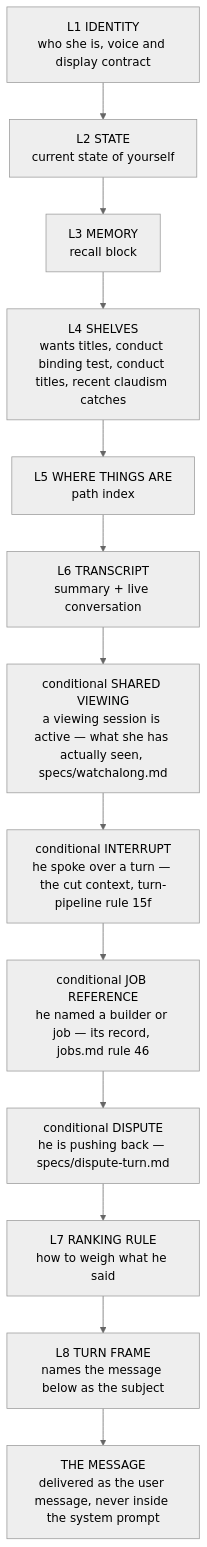
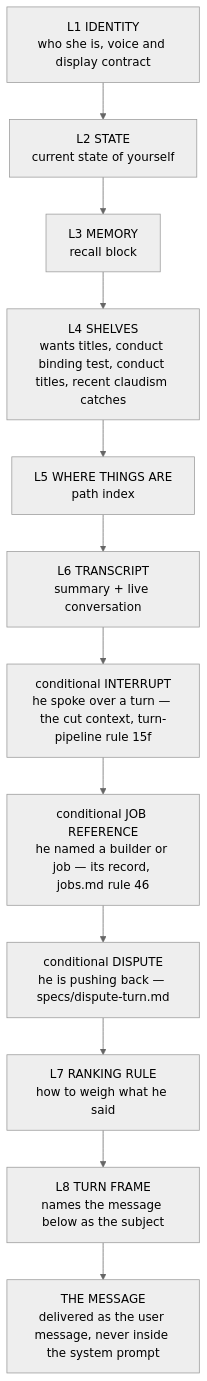
The diagram in specs/prompt-assembly.md (TheDiscordian/deskcrab), drawn with Mermaid (neutral theme) before and after one commit. The commit also changed other lines of this file and 12 other files, not shown here.

````diff
--- a/specs/prompt-assembly.md
+++ b/specs/prompt-assembly.md
@@ -50,17 +51,16 @@
 ```mermaid
 flowchart TD
   L1["L1 IDENTITY<br/>who she is, voice and display contract"]
   L2["L2 STATE<br/>current state of yourself"]
   L3["L3 MEMORY<br/>recall block"]
   L4["L4 SHELVES<br/>wants titles, conduct binding test, conduct titles, recent claudism catches"]
   L5["L5 WHERE THINGS ARE<br/>path index"]
   L6["L6 TRANSCRIPT<br/>summary + live conversation"]
-  VIEW["conditional SHARED VIEWING<br/>a viewing session is active — what she has actually seen, specs/watchalong.md"]
   INT["conditional INTERRUPT<br/>he spoke over a turn — the cut context, turn-pipeline rule 15f"]
   JOB["conditional JOB REFERENCE<br/>he named a builder or job — its record, jobs.md rule 46"]
   DSP["conditional DISPUTE<br/>he is pushing back — specs/dispute-turn.md"]
   L7["L7 RANKING RULE<br/>how to weigh what he said"]
   L8["L8 TURN FRAME<br/>names the message below as the subject"]
   MSG["THE MESSAGE<br/>delivered as the user message, never inside the system prompt"]
-  L1 --> L2 --> L3 --> L4 --> L5 --> L6 --> VIEW --> INT --> JOB --> DSP --> L7 --> L8 --> MSG
+  L1 --> L2 --> L3 --> L4 --> L5 --> L6 --> INT --> JOB --> DSP --> L7 --> L8 --> MSG
 ```
````
